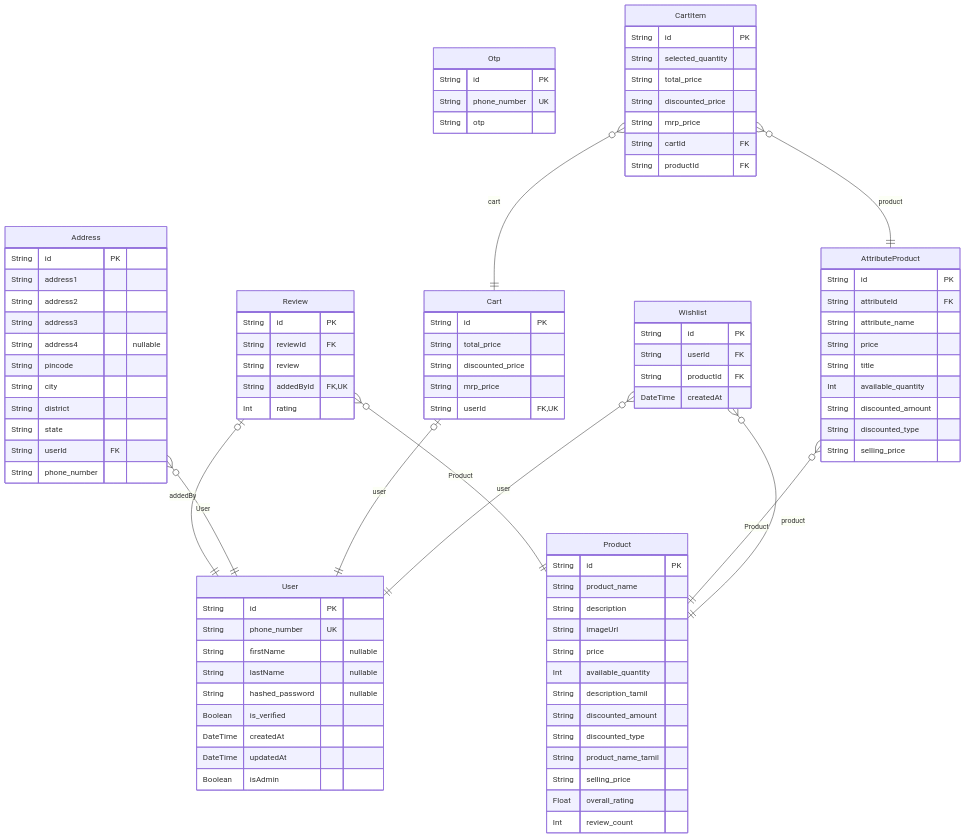
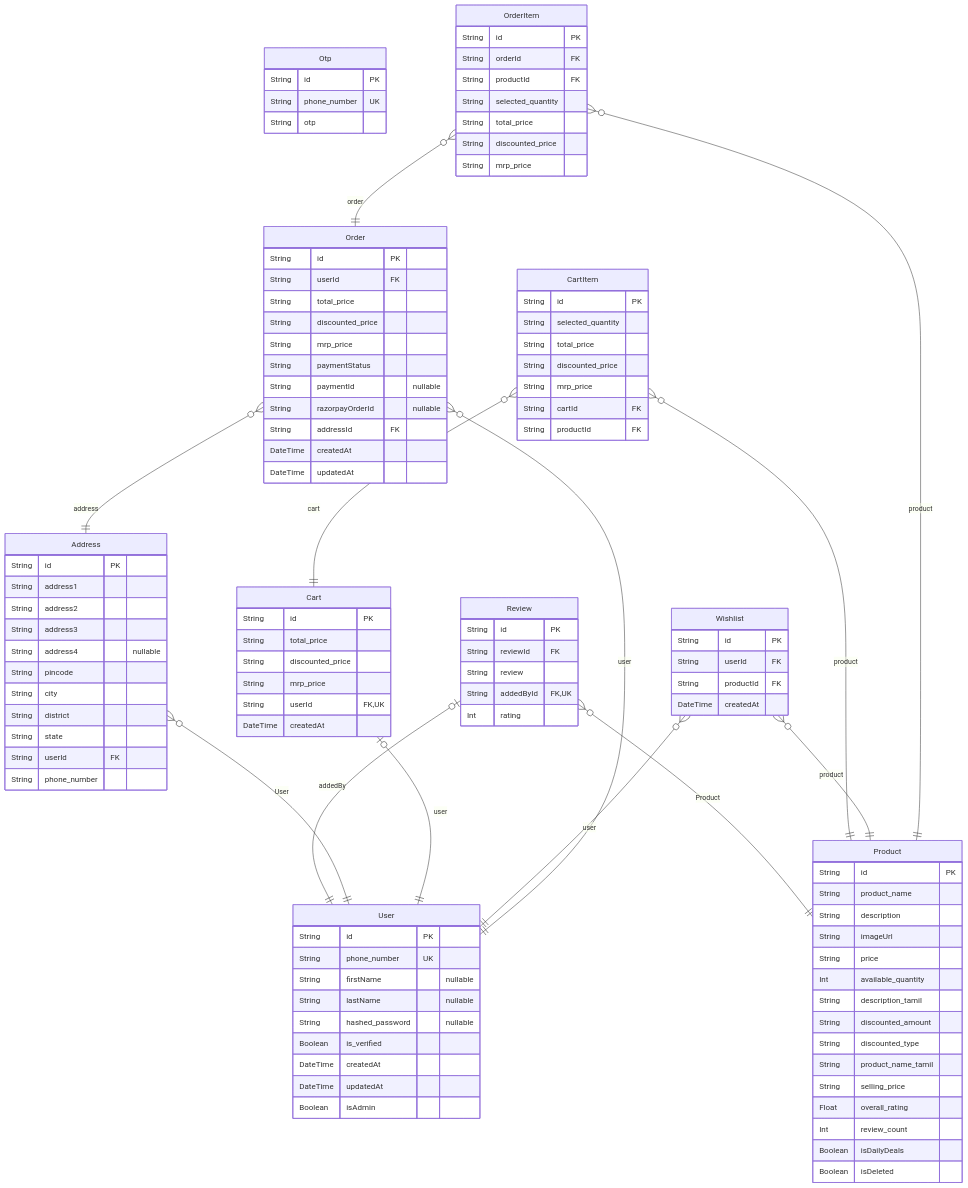
One commit to keerthi6790/futurenature_backend changed the diagram in prisma/prisma.md. Above: the diagram before and after it, drawn with Mermaid. The commit also changed other lines of this file and 16 other files, not shown here.

````diff
--- a/prisma/prisma.md
+++ b/prisma/prisma.md
@@ -38,6 +38,8 @@
   String selling_price
   Float overall_rating
   Int review_count
+  Boolean isDailyDeals
+  Boolean isDeleted
 }
 "Review" {
   String id PK
@@ -45,17 +47,6 @@
   String review
   String addedById FK,UK
   Int rating
-}
-"AttributeProduct" {
-  String id PK
-  String attributeId FK
-  String attribute_name
-  String price
-  String title
-  Int available_quantity
-  String discounted_amount
-  String discounted_type
-  String selling_price
 }
 "Address" {
   String id PK
@@ -76,6 +67,7 @@
   String discounted_price
   String mrp_price
   String userId FK,UK
+  DateTime createdAt
 }
 "CartItem" {
   String id PK
@@ -92,13 +84,38 @@
   String productId FK
   DateTime createdAt
 }
+"Order" {
+  String id PK
+  String userId FK
+  String total_price
+  String discounted_price
+  String mrp_price
+  String paymentStatus
+  String paymentId "nullable"
+  String razorpayOrderId "nullable"
+  String addressId FK
+  DateTime createdAt
+  DateTime updatedAt
+}
+"OrderItem" {
+  String id PK
+  String orderId FK
+  String productId FK
+  String selected_quantity
+  String total_price
+  String discounted_price
+  String mrp_price
+}
 "Review" |o--|| "User" : addedBy
 "Review" }o--|| "Product" : Product
-"AttributeProduct" }o--|| "Product" : Product
 "Address" }o--|| "User" : User
 "Cart" |o--|| "User" : user
 "CartItem" }o--|| "Cart" : cart
-"CartItem" }o--|| "AttributeProduct" : product
+"CartItem" }o--|| "Product" : product
 "Wishlist" }o--|| "Product" : product
 "Wishlist" }o--|| "User" : user
+"Order" }o--|| "User" : user
+"Order" }o--|| "Address" : address
+"OrderItem" }o--|| "Order" : order
+"OrderItem" }o--|| "Product" : product
 ```
````
